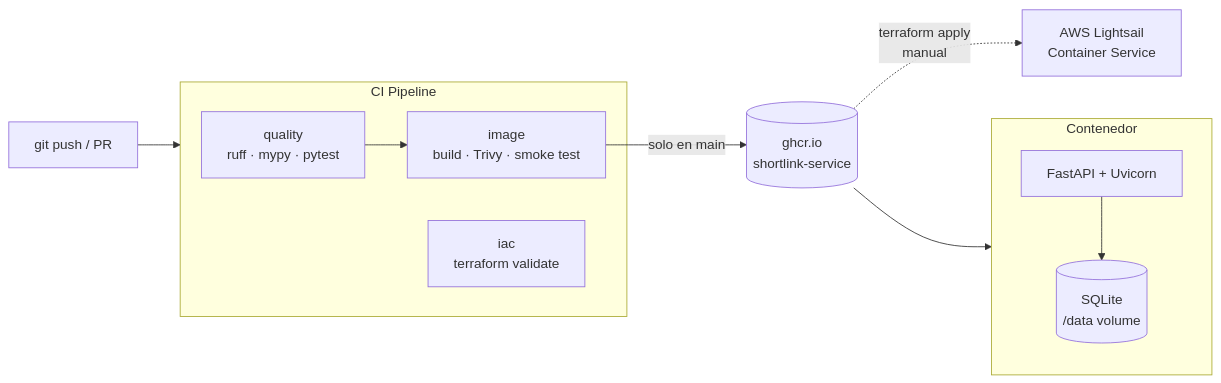
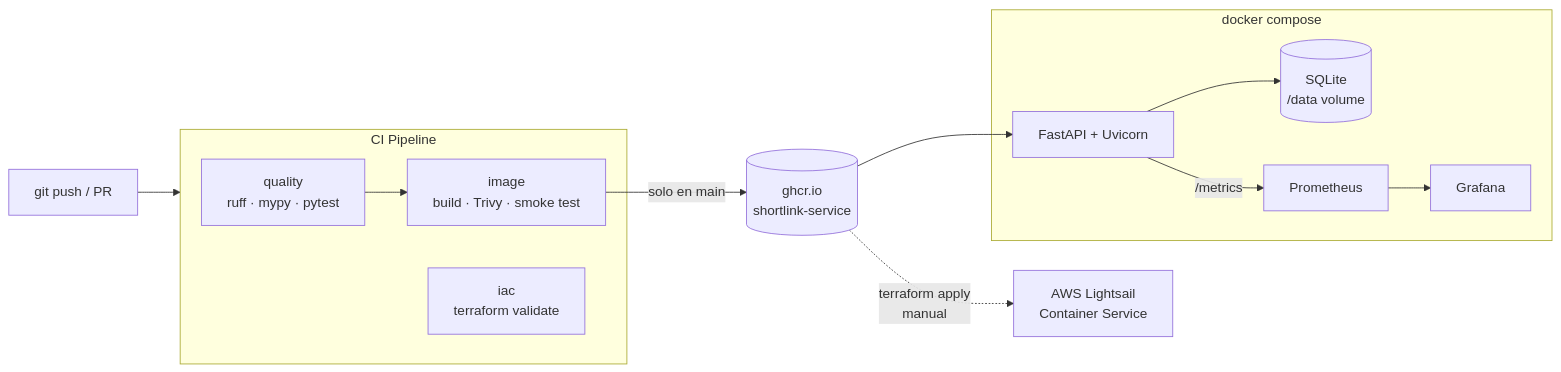
Before and after one commit to eironm3n/shortlink-service: the diagram in README.md, drawn with Mermaid. The commit also changed other lines of this file and 13 other files, not shown here.

First line of the commit message:
feat: observabilidad con Prometheus + Grafana (roadmap #2)

````diff
--- a/README.md
+++ b/README.md
@@ -23,17 +24,19 @@
 ```mermaid
 flowchart LR
     dev[git push / PR] --> gha[GitHub Actions]
 
     subgraph gha[CI Pipeline]
         q[quality<br/>ruff · mypy · pytest] --> img[image<br/>build · Trivy · smoke test]
         iac[iac<br/>terraform validate]
     end
 
     img -->|solo en main| ghcr[(ghcr.io<br/>shortlink-service)]
     ghcr -.->|terraform apply<br/>manual| ls[AWS Lightsail<br/>Container Service]
 
-    subgraph app[Contenedor]
+    subgraph stack[docker compose]
         api[FastAPI + Uvicorn] --> db[(SQLite<br/>/data volume)]
+        api -->|/metrics| prom[Prometheus]
+        prom --> graf[Grafana]
     end
-    ghcr --> app
+    ghcr --> api
 ```
````
